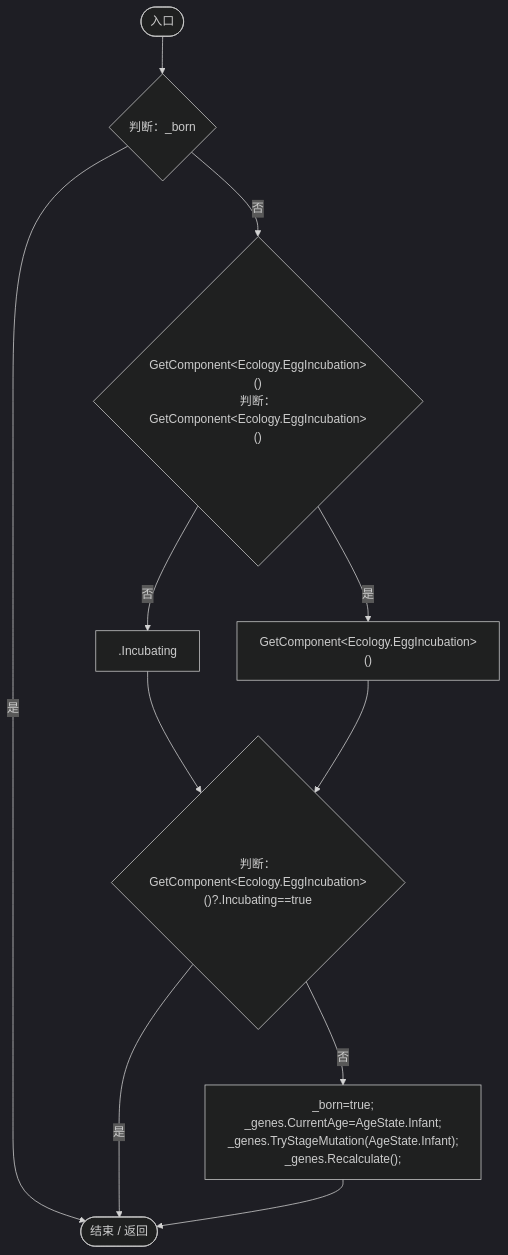
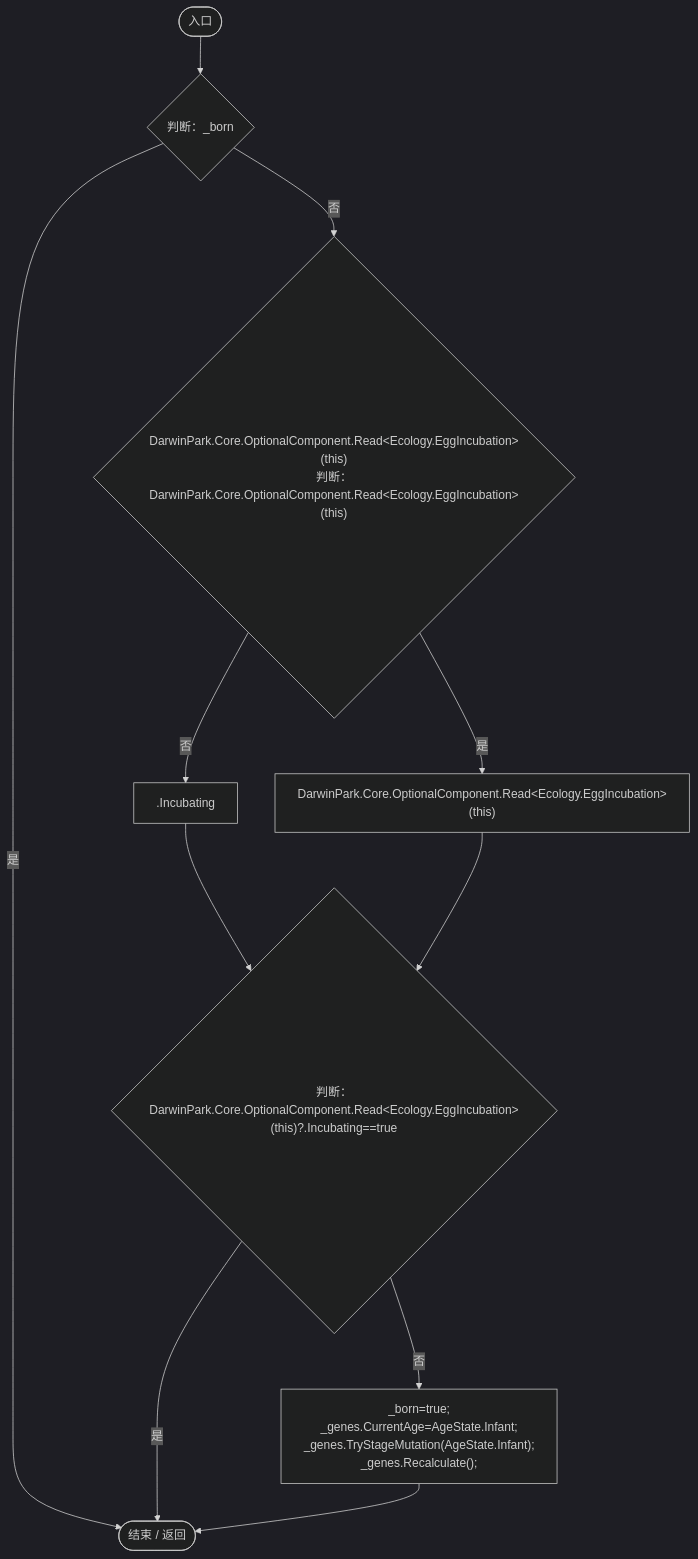
The seventh of 12 diagrams in Docs/运行流程图/脚本/9f4138bfbae654b7.md (xhs6666/Darwin_paradise), drawn with Mermaid (dark theme) before and after one commit. The commit also changed other lines of this file and 297 other files, not shown here.

````diff
--- a/Docs/运行流程图/脚本/9f4138bfbae654b7.md
+++ b/Docs/运行流程图/脚本/9f4138bfbae654b7.md
@@ -143,22 +143,22 @@
 ```mermaid
 flowchart TD
   b0(["入口"])
   b1{"判断：_born"}
-  b2{"GetComponent&lt;Ecology.EggIncubation&gt;()<br/>判断：GetComponent&lt;Ecology.EggIncubation&gt;()"}
+  b2{"DarwinPark.Core.OptionalComponent.Read&lt;Ecology.EggIncubation&gt;(this)<br/>判断：DarwinPark.Core.OptionalComponent.Read&lt;Ecology.EggIncubation&gt;(this)"}
   b3[".Incubating"]
-  b4["GetComponent&lt;Ecology.EggIncubation&gt;()"]
-  b5{"判断：GetComponent&lt;Ecology.EggIncubation&gt;()?.Incubating==true"}
+  b4["DarwinPark.Core.OptionalComponent.Read&lt;Ecology.EggIncubation&gt;(this)"]
+  b5{"判断：DarwinPark.Core.OptionalComponent.Read&lt;Ecology.EggIncubation&gt;(this)?.Incubating==true"}
   b6["_born=true;<br/>_genes.CurrentAge=AgeState.Infant;<br/>_genes.TryStageMutation(AgeState.Infant);<br/>_genes.Recalculate();"]
   b7(["结束 / 返回"])
   b0 --> b1
   b1 -->|"是"| b7
   b1 -->|"否"| b2
   b2 -->|"否"| b3
   b2 -->|"是"| b4
   b3 --> b5
   b4 --> b5
   b5 -->|"是"| b7
   b5 -->|"否"| b6
   b6 --> b7
 
 ```
````
